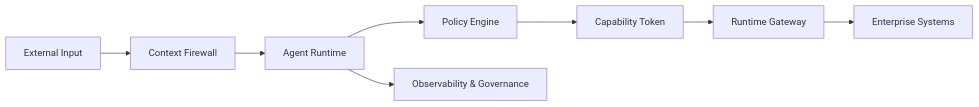
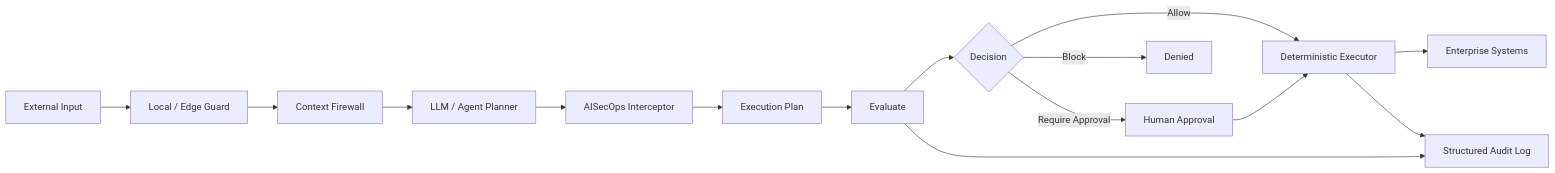
The first of 6 diagrams in src/content/whitepapers/aisecops-v0.1.md (viplavfauzdar/aisecops-site), drawn with Mermaid before and after one commit. The commit also changed other lines of this file and 7 other files, not shown here.

````diff
--- a/src/content/whitepapers/aisecops-v0.1.md
+++ b/src/content/whitepapers/aisecops-v0.1.md
@@ -66,10 +68,17 @@
 ```mermaid
 flowchart LR
-  INPUT[External Input] --> CF[Context Firewall]
-  CF --> AGENT[Agent Runtime]
-  AGENT --> POLICY[Policy Engine]
-  POLICY --> TOKEN[Capability Token]
-  TOKEN --> GATEWAY[Runtime Gateway]
-  GATEWAY --> TOOLS[Enterprise Systems]
-  AGENT --> OBS[Observability & Governance]
+  INPUT[External Input] --> LOCAL[Local / Edge Guard]
+  LOCAL --> CF[Context Firewall]
+  CF --> PLANNER[LLM / Agent Planner]
+  PLANNER --> INTERCEPTOR[AISecOps Interceptor]
+  INTERCEPTOR --> PLAN[Execution Plan]
+  PLAN --> EVAL[Evaluate]
+  EVAL --> DECISION{Decision}
+  DECISION -->|Allow| EXEC[Deterministic Executor]
+  DECISION -->|Block| DENY[Denied]
+  DECISION -->|Require Approval| APPROVAL[Human Approval]
+  APPROVAL --> EXEC
+  EXEC --> TOOLS[Enterprise Systems]
+  EVAL --> AUDIT[Structured Audit Log]
+  EXEC --> AUDIT
 ```
````
